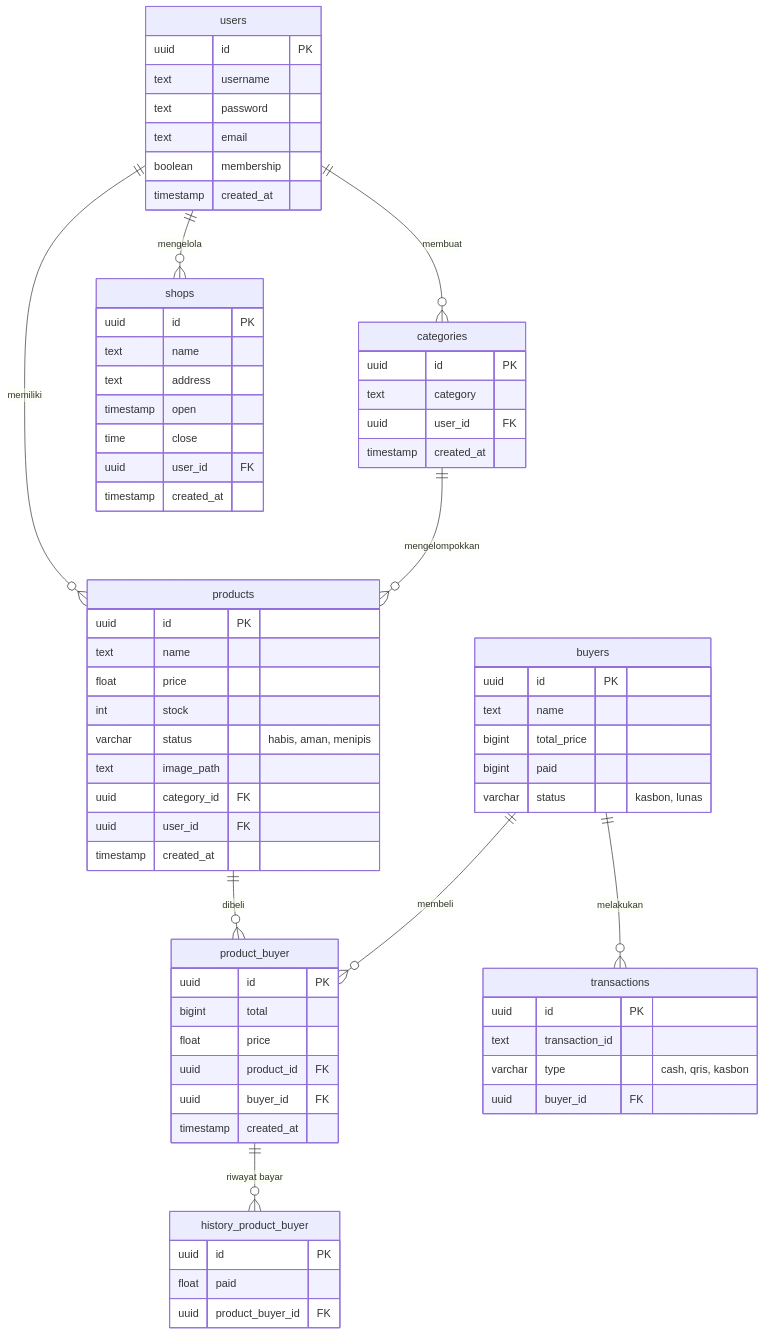
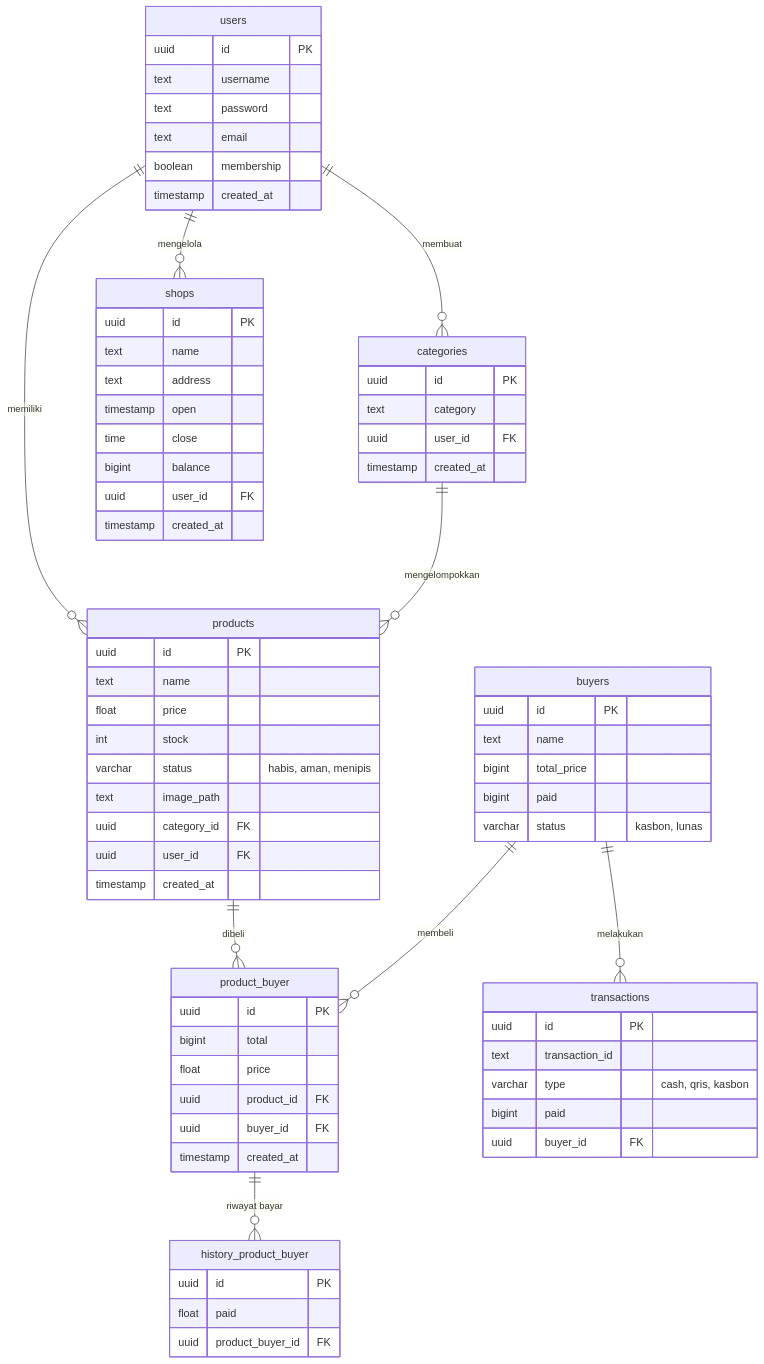
Before and after one commit to eLDeDestroyah/NAVA-point-of-sale: the seventh of 8 diagrams in RULE.md, drawn with Mermaid. The commit also changed 10 other files, not shown here.

````diff
--- a/RULE.md
+++ b/RULE.md
@@ -279,79 +279,81 @@
 ```mermaid
 erDiagram
     users ||--o{ products : "memiliki"
     users ||--o{ categories : "membuat"
     users ||--o{ shops : "mengelola"
     categories ||--o{ products : "mengelompokkan"
     products ||--o{ product_buyer : "dibeli"
     buyers ||--o{ product_buyer : "membeli"
     buyers ||--o{ transactions : "melakukan"
     product_buyer ||--o{ history_product_buyer : "riwayat bayar"
 
     users {
         uuid id PK
         text username
         text password
         text email
         boolean membership
         timestamp created_at
     }
 
     categories {
         uuid id PK
         text category
         uuid user_id FK
         timestamp created_at
     }
 
     products {
         uuid id PK
         text name
         float price
         int stock
         varchar status "habis, aman, menipis"
         text image_path
         uuid category_id FK
         uuid user_id FK
         timestamp created_at
     }
 
     shops {
         uuid id PK
         text name
         text address
         timestamp open
         time close
+        bigint balance
         uuid user_id FK
         timestamp created_at
     }
 
     buyers {
         uuid id PK
         text name
         bigint total_price
         bigint paid
         varchar status "kasbon, lunas"
     }
 
     product_buyer {
         uuid id PK
         bigint total
         float price
         uuid product_id FK
         uuid buyer_id FK
         timestamp created_at
     }
 
     history_product_buyer {
         uuid id PK
         float paid
         uuid product_buyer_id FK
     }
 
     transactions {
         uuid id PK
         text transaction_id
         varchar type "cash, qris, kasbon"
+        bigint paid
         uuid buyer_id FK
     }
 ```
````
